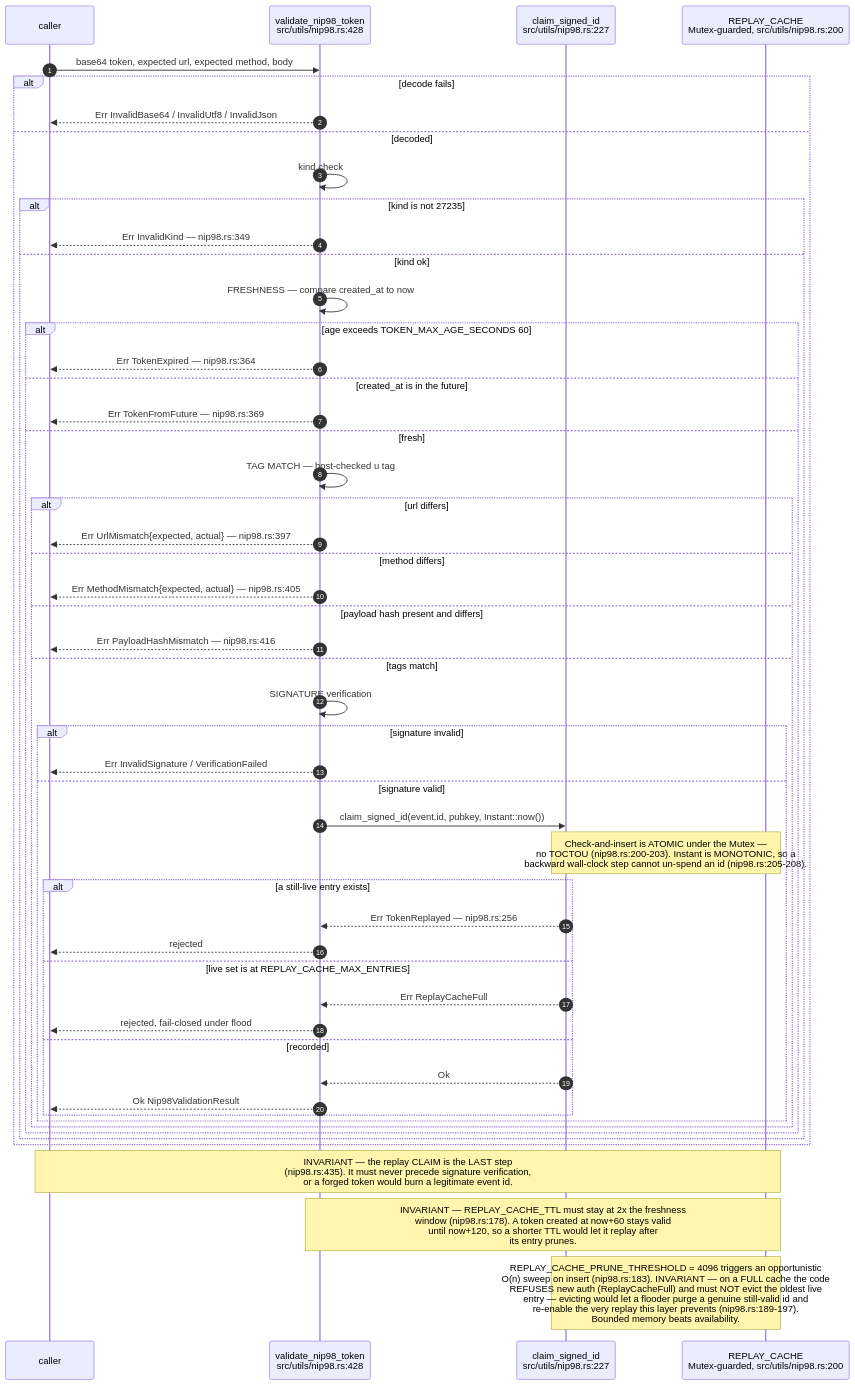
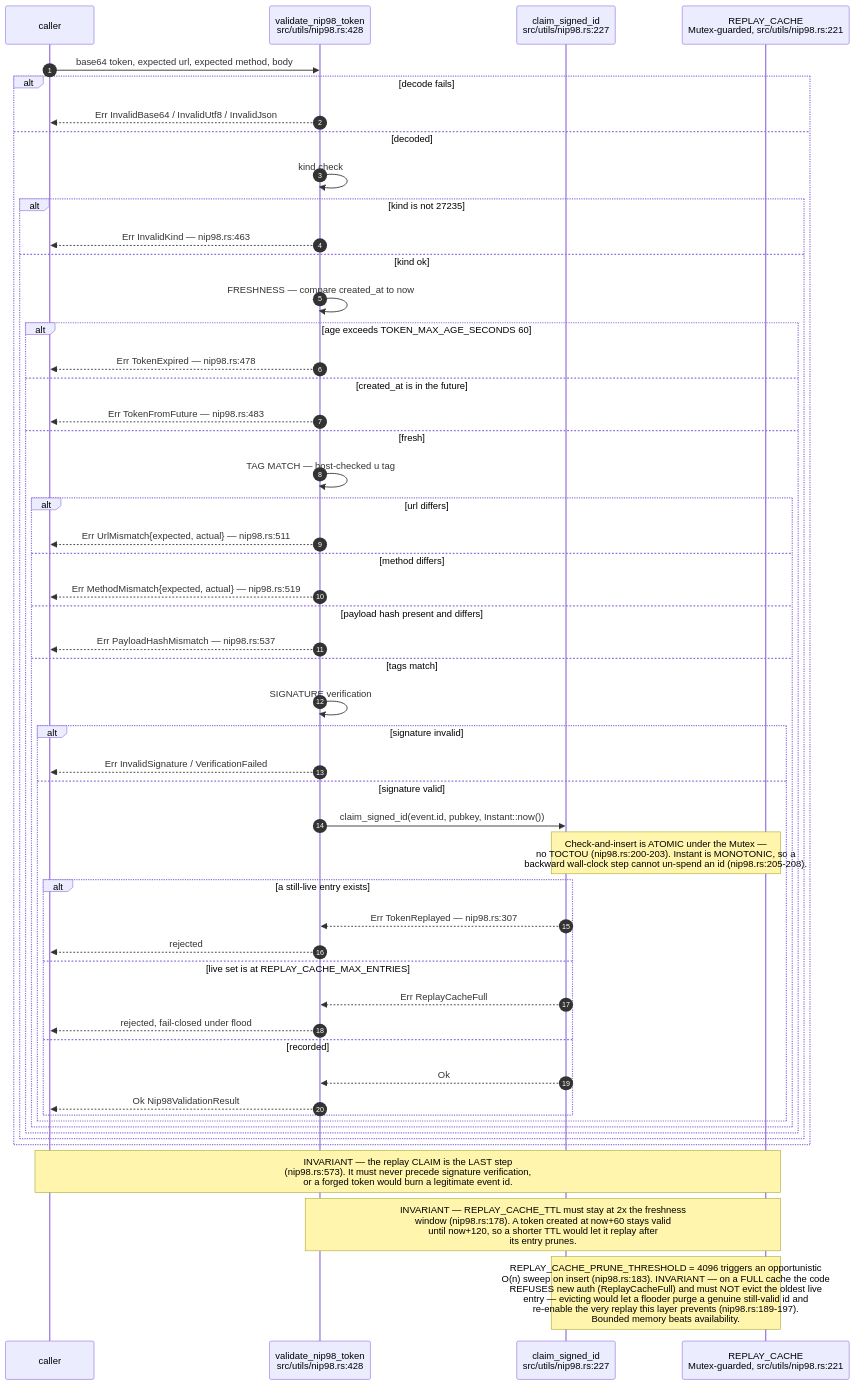
One commit to DreamLab-AI/VisionFlow changed the second of 6 diagrams in docs/diagrams/estate/04-identity-mesh-did-nostr.md. Above: the diagram before and after it, drawn with Mermaid. The commit also changed other lines of this file and 94 other files, not shown here.

First line of the commit message:
docs(diagrams): re-verify 130 topics against 2 October HEADs

````diff
--- a/docs/diagrams/estate/04-identity-mesh-did-nostr.md
+++ b/docs/diagrams/estate/04-identity-mesh-did-nostr.md
@@ -79,55 +79,55 @@
 ```mermaid
 sequenceDiagram
     autonumber
     participant C as caller
     participant V as validate_nip98_token<br/>src/utils/nip98.rs:428
     participant R as claim_signed_id<br/>src/utils/nip98.rs:227
-    participant CACHE as REPLAY_CACHE<br/>Mutex-guarded, src/utils/nip98.rs:200
+    participant CACHE as REPLAY_CACHE<br/>Mutex-guarded, src/utils/nip98.rs:221
 
     C->>V: base64 token, expected url, expected method, body
     alt decode fails
         V-->>C: Err InvalidBase64 / InvalidUtf8 / InvalidJson
     else decoded
         V->>V: kind check
         alt kind is not 27235
-            V-->>C: Err InvalidKind — nip98.rs:349
+            V-->>C: Err InvalidKind — nip98.rs:463
         else kind ok
             V->>V: FRESHNESS — compare created_at to now
             alt age exceeds TOKEN_MAX_AGE_SECONDS 60
-                V-->>C: Err TokenExpired — nip98.rs:364
+                V-->>C: Err TokenExpired — nip98.rs:478
             else created_at is in the future
-                V-->>C: Err TokenFromFuture — nip98.rs:369
+                V-->>C: Err TokenFromFuture — nip98.rs:483
             else fresh
                 V->>V: TAG MATCH — host-checked u tag
                 alt url differs
-                    V-->>C: Err UrlMismatch{expected, actual} — nip98.rs:397
+                    V-->>C: Err UrlMismatch{expected, actual} — nip98.rs:511
                 else method differs
-                    V-->>C: Err MethodMismatch{expected, actual} — nip98.rs:405
+                    V-->>C: Err MethodMismatch{expected, actual} — nip98.rs:519
                 else payload hash present and differs
-                    V-->>C: Err PayloadHashMismatch — nip98.rs:416
+                    V-->>C: Err PayloadHashMismatch — nip98.rs:537
                 else tags match
                     V->>V: SIGNATURE verification
                     alt signature invalid
                         V-->>C: Err InvalidSignature / VerificationFailed
                     else signature valid
                         V->>R: claim_signed_id(event.id, pubkey, Instant::now())
                         Note over R,CACHE: Check-and-insert is ATOMIC under the Mutex —<br/>no TOCTOU (nip98.rs:200-203). Instant is MONOTONIC, so a<br/>backward wall-clock step cannot un-spend an id (nip98.rs:205-208).
                         alt a still-live entry exists
-                            R-->>V: Err TokenReplayed — nip98.rs:256
+                            R-->>V: Err TokenReplayed — nip98.rs:307
                             V-->>C: rejected
                         else live set is at REPLAY_CACHE_MAX_ENTRIES
                             R-->>V: Err ReplayCacheFull
                             V-->>C: rejected, fail-closed under flood
                         else recorded
                             R-->>V: Ok
                             V-->>C: Ok Nip98ValidationResult
                         end
                     end
                 end
             end
         end
     end
-    Note over C,CACHE: INVARIANT — the replay CLAIM is the LAST step<br/>(nip98.rs:435). It must never precede signature verification,<br/>or a forged token would burn a legitimate event id.
+    Note over C,CACHE: INVARIANT — the replay CLAIM is the LAST step<br/>(nip98.rs:573). It must never precede signature verification,<br/>or a forged token would burn a legitimate event id.
     Note over V,CACHE: INVARIANT — REPLAY_CACHE_TTL must stay at 2x the freshness<br/>window (nip98.rs:178). A token created at now+60 stays valid<br/>until now+120, so a shorter TTL would let it replay after<br/>its entry prunes.
     Note over R,CACHE: REPLAY_CACHE_PRUNE_THRESHOLD = 4096 triggers an opportunistic<br/>O(n) sweep on insert (nip98.rs:183). INVARIANT — on a FULL cache the code<br/>REFUSES new auth (ReplayCacheFull) and must NOT evict the oldest live<br/>entry — evicting would let a flooder purge a genuine still-valid id and<br/>re-enable the very replay this layer prevents (nip98.rs:189-197).<br/>Bounded memory beats availability.
 ```
````
